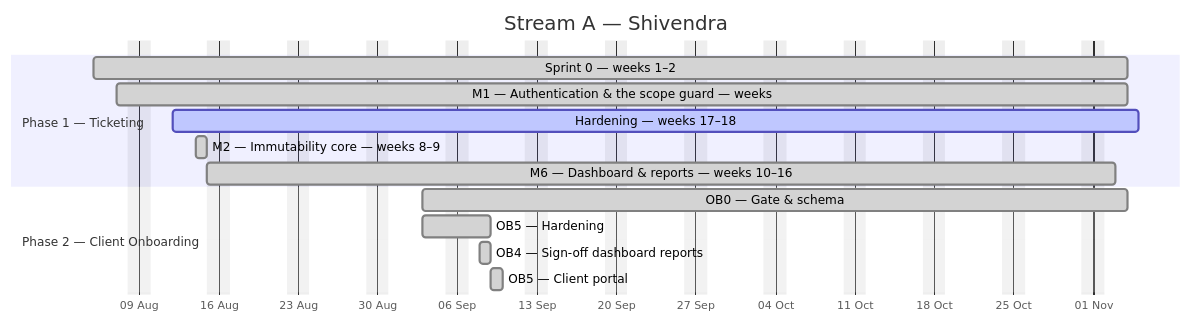
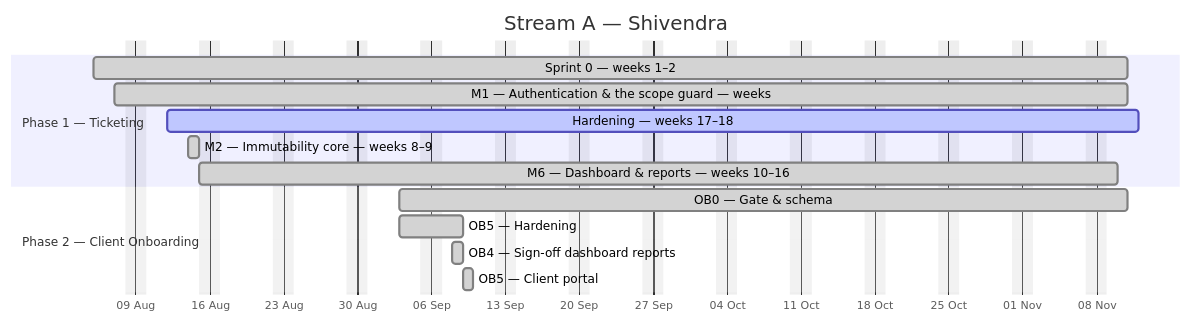
The first of 4 diagrams in docs/plan/GANTT.md (debashisedunext/EduTrack), drawn with Mermaid before and after one commit. The commit also changed other lines of this file and 2 other files, not shown here.

````diff
--- a/docs/plan/GANTT.md
+++ b/docs/plan/GANTT.md
@@ -114,18 +114,18 @@
 ```mermaid
 gantt
     dateFormat YYYY-MM-DD
     axisFormat %d %b
     title Stream A — Shivendra
     excludes weekends
     section Phase 1 — Ticketing
-    Sprint 0 — weeks 1–2 :done, a0, 2026-08-05, 65d
-    M1 — Authentication & the scope guard — weeks :done, a1, 2026-08-07, 63d
-    Hardening — weeks 17–18 :active, a2, 2026-08-12, 61d
+    Sprint 0 — weeks 1–2 :done, a0, 2026-08-05, 70d
+    M1 — Authentication & the scope guard — weeks :done, a1, 2026-08-07, 68d
+    Hardening — weeks 17–18 :active, a2, 2026-08-12, 66d
     M2 — Immutability core — weeks 8–9 :done, a3, 2026-08-14, 1d
-    M6 — Dashboard & reports — weeks 10–16 :done, a4, 2026-08-15, 57d
+    M6 — Dashboard & reports — weeks 10–16 :done, a4, 2026-08-15, 62d
     section Phase 2 — Client Onboarding
-    OB0 — Gate & schema :done, a5, 2026-09-03, 44d
+    OB0 — Gate & schema :done, a5, 2026-09-03, 49d
     OB5 — Hardening :done, a6, 2026-09-03, 4d
     OB4 — Sign-off  dashboard  reports :done, a7, 2026-09-08, 1d
     OB5 — Client portal :done, a8, 2026-09-09, 1d
 ```
````
